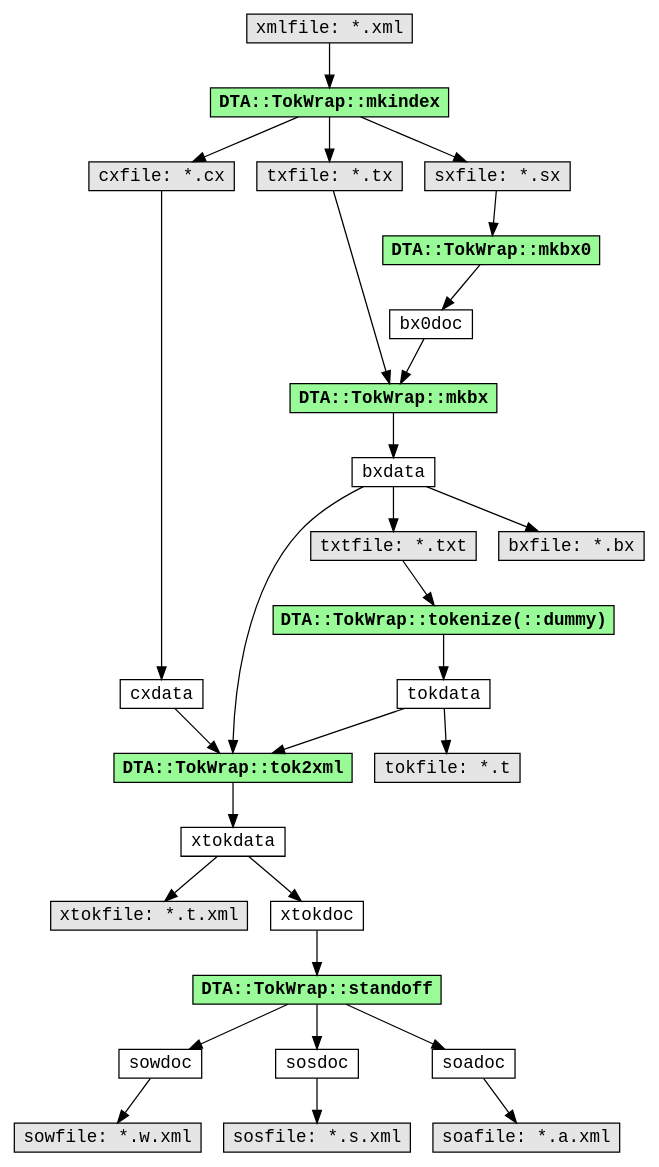
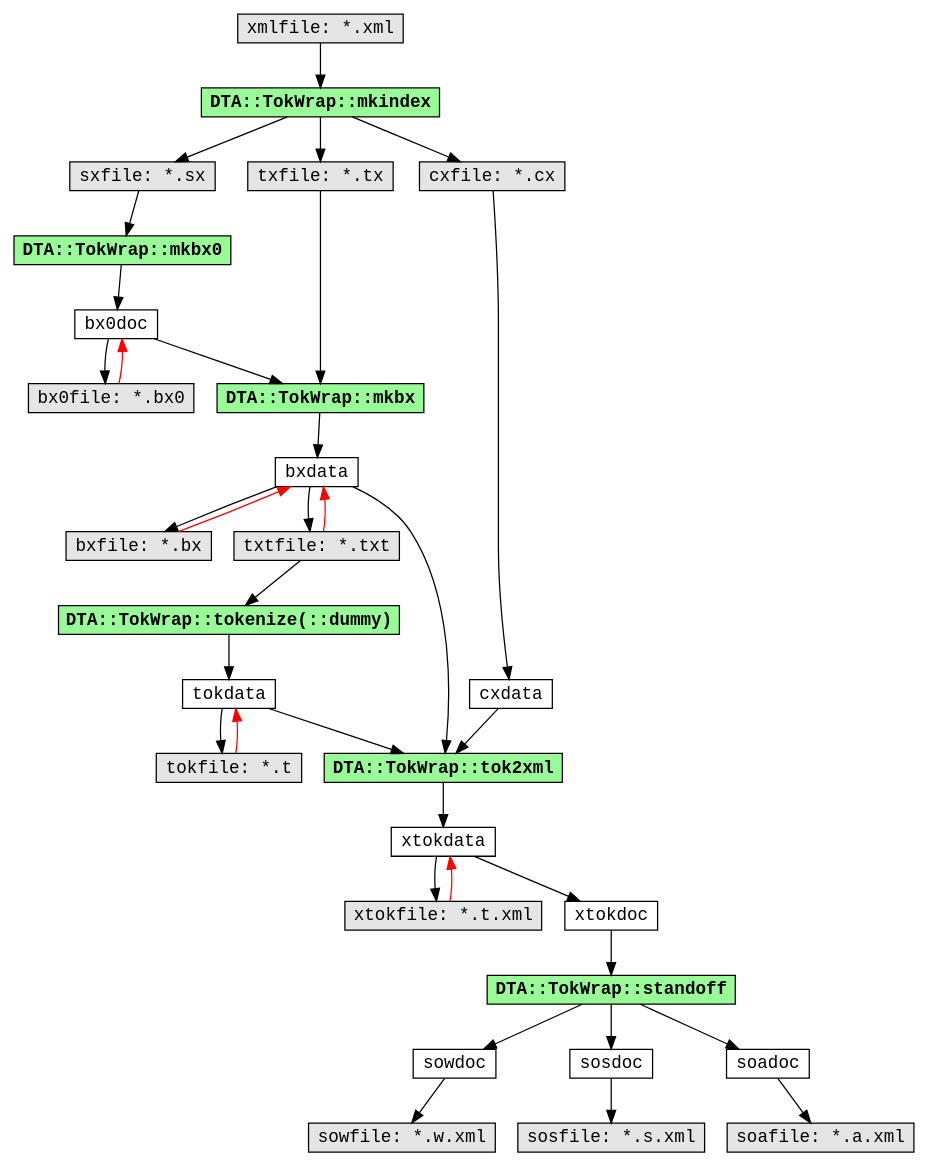
Before and after one commit to moocow-the-bovine/dta-tokwrap: the diagram in doc/dataflow-perl.dot, drawn with Graphviz.

```diff
--- a/doc/dataflow-perl.dot
+++ b/doc/dataflow-perl.dot
@@ -1,81 +1,89 @@
 /* -*- Mode: C -*- */
 digraph dataflow {
   node [shape=rectangle,height=0.25,fontname="Courier"];
   edge [decorate=0,fontname="Courier"];
 
   xml [label="xmlfile: *.xml",shape=rectangle,style=filled,fillcolor=grey90];
 
   mkindex [label="DTA::TokWrap::mkindex",shape=rectangle,style=filled,fillcolor=PaleGreen,fontname="Courier-Bold"];
   xml -> mkindex;
 
-  cxfile [label="cxfile: *.cx",shape=rectangle,style=filled,fillcolor=grey90];
   sxfile [label="sxfile: *.sx",shape=rectangle,style=filled,fillcolor=grey90];
   txfile [label="txfile: *.tx",shape=rectangle,style=filled,fillcolor=grey90];
+  cxfile [label="cxfile: *.cx",shape=rectangle,style=filled,fillcolor=grey90];
   mkindex -> cxfile;
   mkindex -> sxfile;
   mkindex -> txfile;
   {rank=same; cxfile sxfile txfile}
 
   cxdata [label="cxdata"];
   cxfile -> cxdata;
 
   bx0doc [label="bx0doc"];
   mkbx0 [label="DTA::TokWrap::mkbx0",shape=rectangle,style=filled,fillcolor=PaleGreen,fontname="Courier-Bold"];
   sxfile -> mkbx0;
   mkbx0 -> bx0doc;
 
+  bx0file [label="bx0file: *.bx0",shape=rectangle,style=filled,fillcolor=grey90];
+  bx0doc -> bx0file;
+  bx0file -> bx0doc [color=red];
+
   bxdata [label="bxdata"];
   mkbx [label="DTA::TokWrap::mkbx",shape=rectangle,style=filled,fillcolor=PaleGreen,fontname="Courier-Bold"];
   bx0doc -> mkbx;
   txfile -> mkbx;
   mkbx -> bxdata;
   //{rank=same; bxdata txtfile;}
   //{rank=same; mkbx bxfile;}
 
   bxfile [label="bxfile: *.bx",shape=rectangle,style=filled,fillcolor=grey90];
   txtfile [label="txtfile: *.txt",shape=rectangle,style=filled,fillcolor=grey90];
   bxdata -> bxfile;
   bxdata -> txtfile;
+  bxfile -> bxdata [color=red];
+  txtfile -> bxdata [color=red];
   //{rank=same; bxfile txtfile}
 
   tokdata [label="tokdata"];
   tokenize [label="DTA::TokWrap::tokenize(::dummy)",shape=rectangle,style=filled,fillcolor=PaleGreen,fontname="Courier-Bold",justify="left"];
   txtfile -> tokenize;
   tokenize -> tokdata;
 
   tokfile [label="tokfile: *.t",shape=rectangle,style=filled,fillcolor=grey90];
   tokdata -> tokfile;
+  tokfile -> tokdata [color=red];
   //{rank=same; tokdata tokfile;}
 
   xtokdata [label="xtokdata"];
   xtokfile [label="xtokfile: *.t.xml",shape=rectangle,style=filled,fillcolor=grey90];
   xtokdoc  [label="xtokdoc"];
   xtokdata -> xtokfile;
+  xtokfile -> xtokdata [color=red];
   xtokdata -> xtokdoc;
   //{rank=same; xtokdata xtokfile;}
 
   tok2xml [label="DTA::TokWrap::tok2xml",shape=rectangle,style=filled,fillcolor=PaleGreen,fontname="Courier-Bold"];
   tokdata -> tok2xml;
   bxdata  -> tok2xml;
   cxdata  -> tok2xml;
   tok2xml -> xtokdata;
   {rank=same; cxdata tokdata};
 
   standoff [label="DTA::TokWrap::standoff",shape=rectangle,style=filled,fillcolor=PaleGreen,fontname="Courier-Bold"];
   xtokdoc -> standoff;
 
   sowdoc [label="sowdoc"];
   standoff -> sowdoc;
   sowfile [label="sowfile: *.w.xml",shape=rectangle,style=filled,fillcolor=grey90];
   sowdoc -> sowfile;
   
   sosdoc [label="sosdoc"];
   standoff -> sosdoc;
   sosfile [label="sosfile: *.s.xml",shape=rectangle,style=filled,fillcolor=grey90];
   sosdoc -> sosfile;
 
   soadoc [label="soadoc"];
   standoff -> soadoc;
   soafile [label="soafile: *.a.xml",shape=rectangle,style=filled,fillcolor=grey90];
   soadoc -> soafile;
 }
```
